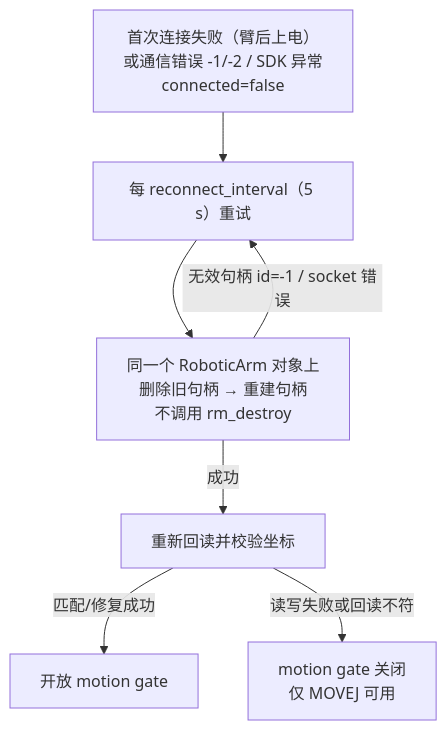
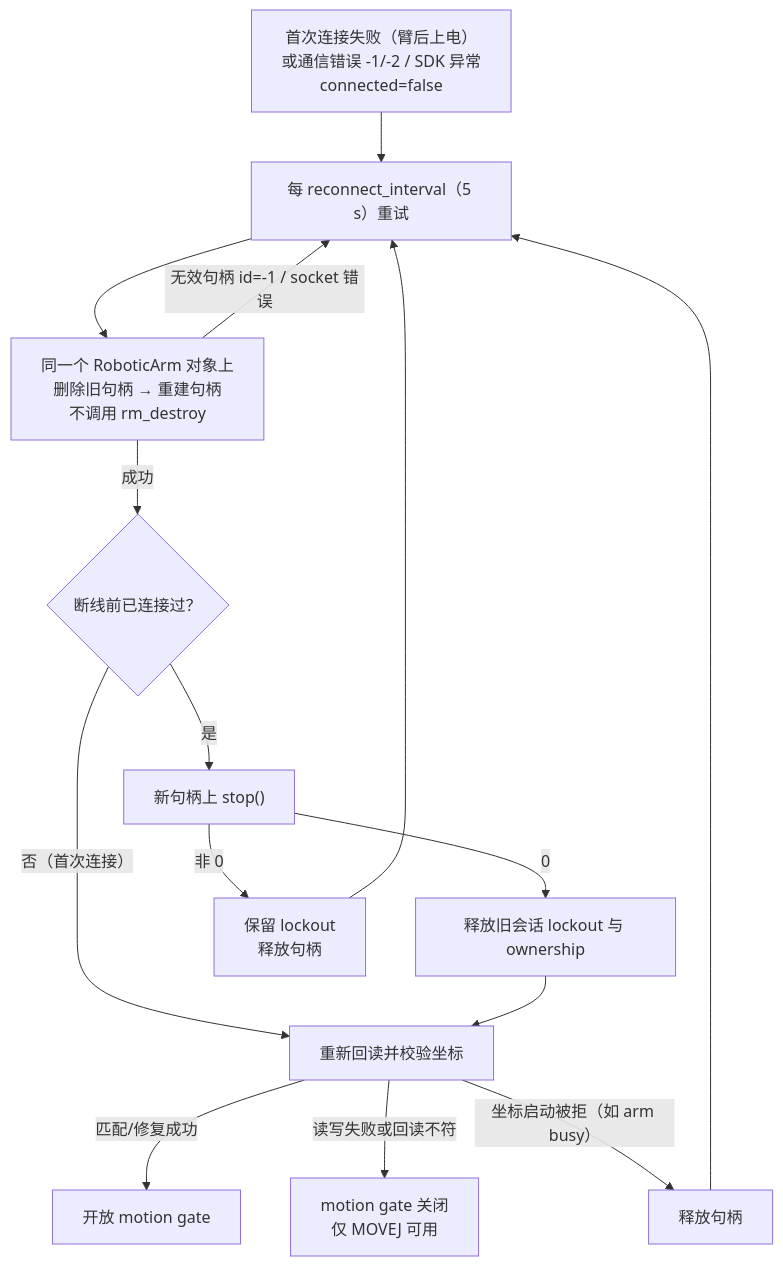
Before and after one commit to QingTianRobot/realman_pi: the first of 2 diagrams in website/docs/development/realman-driver-scaffold.md, drawn with Mermaid. The commit also changed other lines of this file and 2 other files, not shown here.

````diff
--- a/website/docs/development/realman-driver-scaffold.md
+++ b/website/docs/development/realman-driver-scaffold.md
@@ -105,9 +105,14 @@
 ```mermaid
 flowchart TD
   C0["首次连接失败（臂后上电）<br/>或通信错误 -1/-2 / SDK 异常<br/>connected=false"] --> T["每 reconnect_interval（5 s）重试"]
   T --> S["同一个 RoboticArm 对象上<br/>删除旧句柄 → 重建句柄<br/>不调用 rm_destroy"]
   S -- "无效句柄 id=-1 / socket 错误" --> T
-  S -- 成功 --> V["重新回读并校验坐标"]
+  S -- 成功 --> R{"断线前已连接过？"}
+  R -- 否（首次连接） --> V["重新回读并校验坐标"]
+  R -- 是 --> STOP["新句柄上 stop()"]
+  STOP -- "0" --> CLR["释放旧会话 lockout 与 ownership"] --> V
+  STOP -- "非 0" --> DROP["保留 lockout<br/>释放句柄"] --> T
   V -- 匹配/修复成功 --> OK["开放 motion gate"]
   V -- 读写失败或回读不符 --> BLK["motion gate 关闭<br/>仅 MOVEJ 可用"]
+  V -- "坐标启动被拒（如 arm busy）" --> DROP2["释放句柄"] --> T
 ```
````
